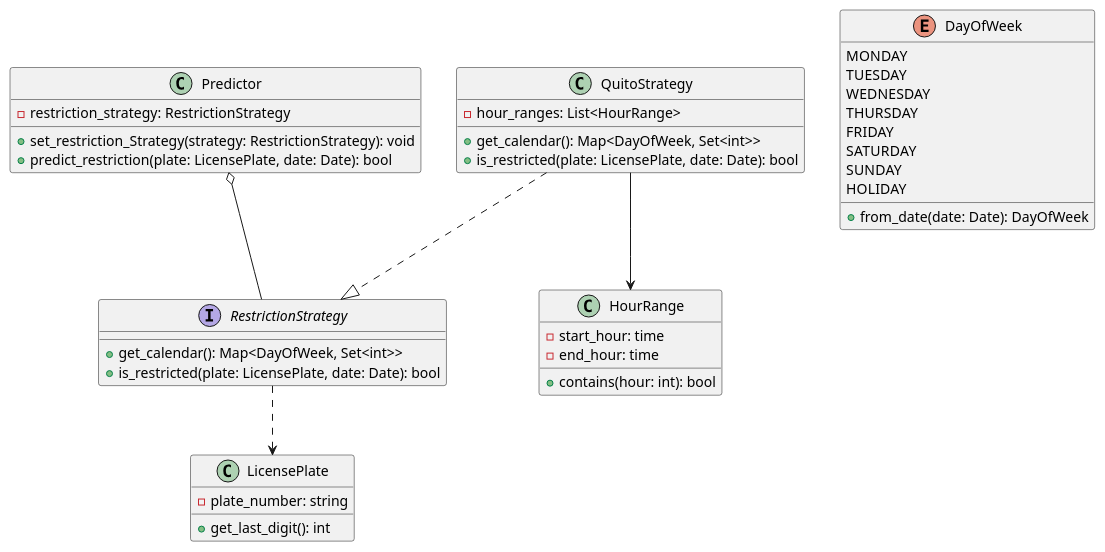
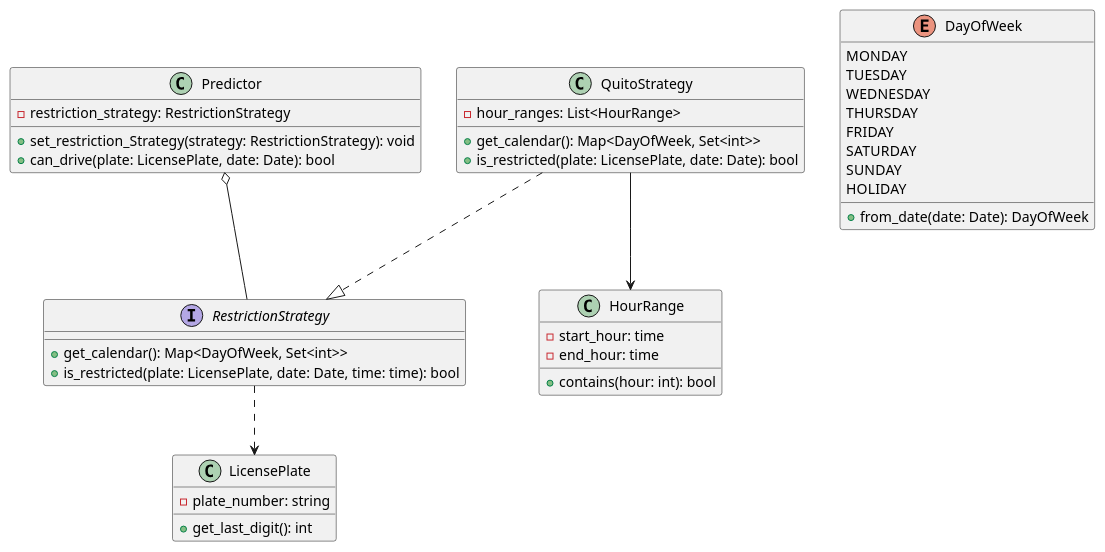
One commit to RodraHa/Pico_Placa_Predictor changed the diagram in docs/diagrams/class_diagram.puml. Above: the diagram before and after it, drawn with PlantUML. The commit also changed 7 other files, not shown here.

Commit message:
feat: add LicencePlate class, RestrictionStrategy interface and DaysOfWeek enum

```diff
--- a/docs/diagrams/class_diagram.puml
+++ b/docs/diagrams/class_diagram.puml
@@ -1,48 +1,48 @@
 @startuml
 
 class LicensePlate {
     - plate_number: string
     + get_last_digit(): int
 }
 
 class Predictor {
     - restriction_strategy: RestrictionStrategy
     + set_restriction_Strategy(strategy: RestrictionStrategy): void
-    + predict_restriction(plate: LicensePlate, date: Date): bool
+    + can_drive(plate: LicensePlate, date: Date): bool
 }
 
 interface RestrictionStrategy {
     + get_calendar(): Map<DayOfWeek, Set<int>>
-    + is_restricted(plate: LicensePlate, date: Date): bool
+    + is_restricted(plate: LicensePlate, date: Date, time: time): bool
 }
 
 class QuitoStrategy {
     - hour_ranges: List<HourRange>
     + get_calendar(): Map<DayOfWeek, Set<int>>
     + is_restricted(plate: LicensePlate, date: Date): bool
 }
 
 class HourRange {
     - start_hour: time
     - end_hour: time
     + contains(hour: int): bool
 }
 
 enum DayOfWeek {
     MONDAY
     TUESDAY
     WEDNESDAY
     THURSDAY
     FRIDAY
     SATURDAY
     SUNDAY
     HOLIDAY
     + from_date(date: Date): DayOfWeek
 }
 
 QuitoStrategy ..|> RestrictionStrategy
 Predictor o-- RestrictionStrategy
 RestrictionStrategy ..> LicensePlate
 QuitoStrategy --> HourRange
 
 @enduml
```
